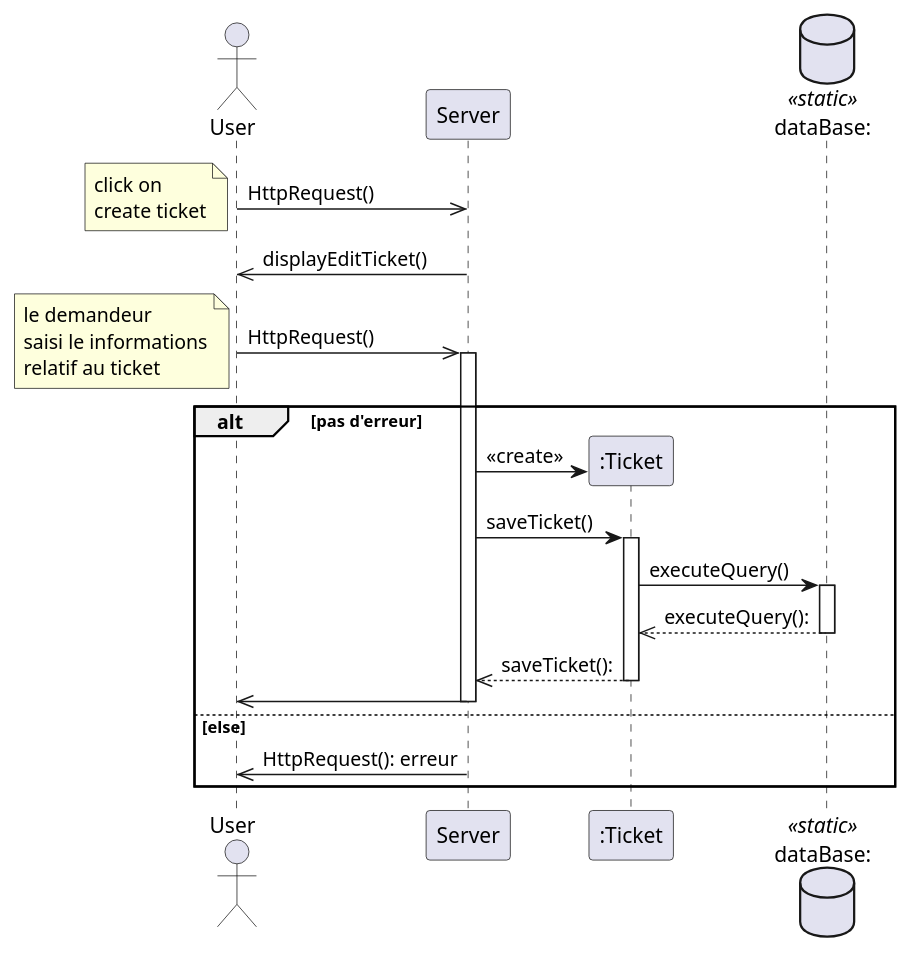
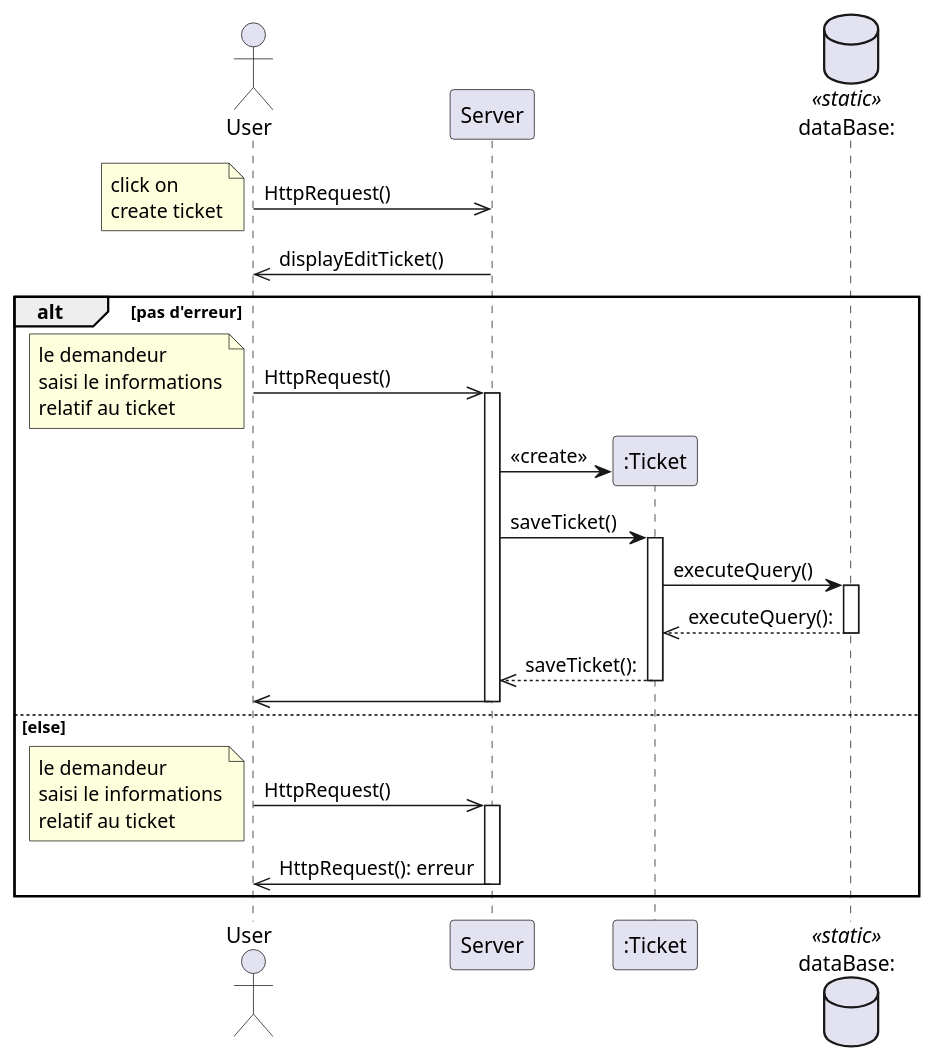
The diagram in docs/UML/creer un ticket.puml (dorianleveque/CoHub), drawn with PlantUML before and after one commit. The commit also changed 1 other file, not shown here.

```diff
--- a/docs/UML/creer un ticket.puml
+++ b/docs/UML/creer un ticket.puml
@@ -1,32 +1,35 @@
 @startuml créer un ticket
 
 actor client as "User" order 1
 participant server as "Server"   order 2
 database bdd as "dataBase:" <<static>> order 4
 
 client ->> server : HttpRequest()
 note left : click on \ncreate ticket
 server ->> client : displayEditTicket()
 
-client ->> server : HttpRequest()
-note left : le demandeur\nsaisi le informations\nrelatif au ticket
-activate server
-
 alt pas d'erreur
+    client ->> server : HttpRequest()
+    note left : le demandeur\nsaisi le informations\nrelatif au ticket
+    activate server
     create ticketClass as ":Ticket" order 3
     server -> ticketClass : <<create>>
     server -> ticketClass : saveTicket()
     activate ticketClass
     ticketClass -> bdd : executeQuery()
     activate bdd
     bdd -->> ticketClass : executeQuery():
     deactivate bdd
     ticketClass -->> server : saveTicket():
     deactivate ticketClass
     server ->> client
     deactivate server
 else else
+    client ->> server : HttpRequest()
+    note left : le demandeur\nsaisi le informations\nrelatif au ticket
+    activate server
     server ->> client: HttpRequest(): erreur
+    deactivate server
 end
 
 @enduml
```
